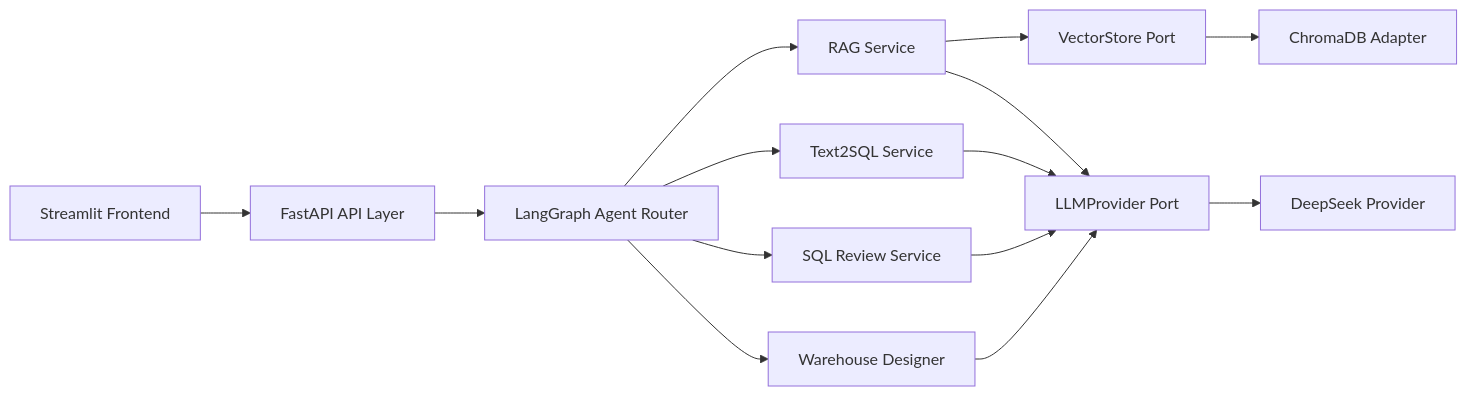
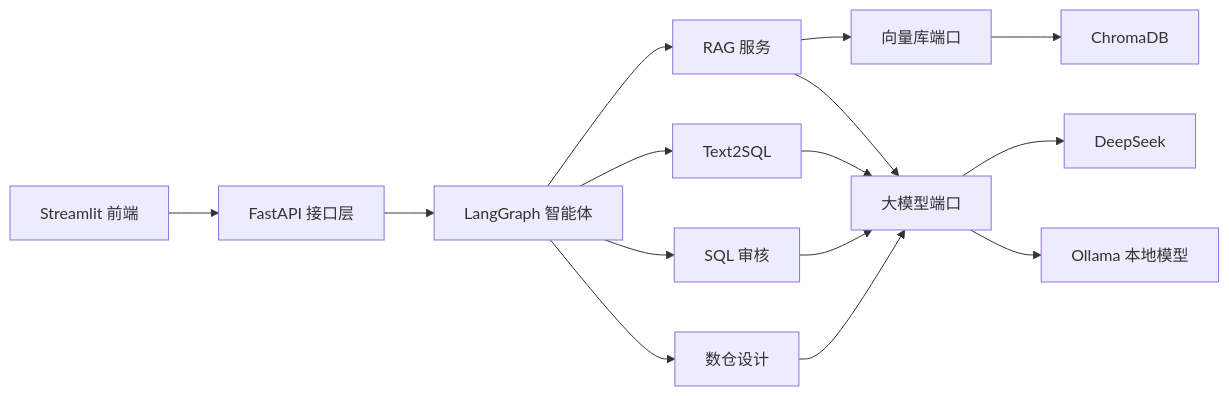
One commit to plutoczm/DataCopilot changed the diagram in README.md. Above: the diagram before and after it, drawn with Mermaid. The commit also changed other lines of this file and 152 other files, not shown here.

````diff
--- a/README.md
+++ b/README.md
@@ -11,16 +11,17 @@
 ```mermaid
 flowchart LR
-    UI[Streamlit Frontend] --> API[FastAPI API Layer]
-    API --> Agent[LangGraph Agent Router]
-    Agent --> RAG[RAG Service]
-    Agent --> T2S[Text2SQL Service]
-    Agent --> Review[SQL Review Service]
-    Agent --> WH[Warehouse Designer]
-    RAG --> VS[VectorStore Port]
-    RAG --> LLM[LLMProvider Port]
+    UI[Streamlit 前端] --> API[FastAPI 接口层]
+    API --> Agent[LangGraph 智能体]
+    Agent --> RAG[RAG 服务]
+    Agent --> T2S[Text2SQL]
+    Agent --> Review[SQL 审核]
+    Agent --> WH[数仓设计]
+    RAG --> VS[向量库端口]
+    RAG --> LLM[大模型端口]
     T2S --> LLM
     Review --> LLM
     WH --> LLM
-    VS --> Chroma[ChromaDB Adapter]
-    LLM --> DeepSeek[DeepSeek Provider]
+    VS --> Chroma[ChromaDB]
+    LLM --> DeepSeek[DeepSeek]
+    LLM --> Ollama[Ollama 本地模型]
 ```
````
